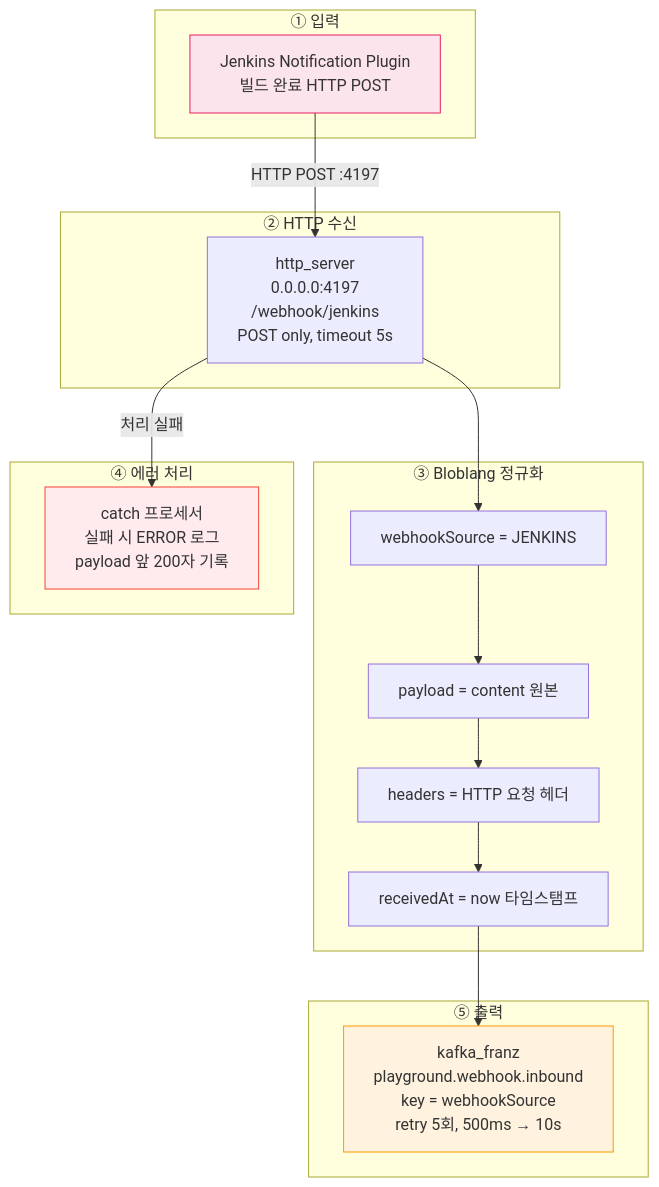
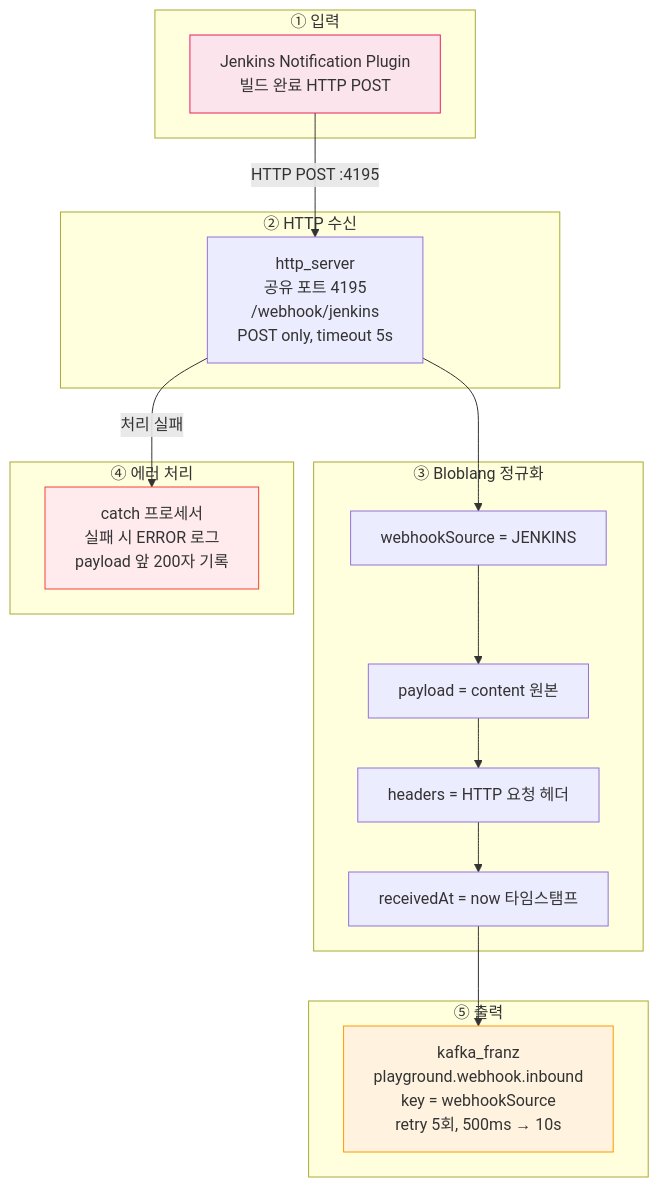
Before and after one commit to scofe97/Redpanda-PlayGround: the ninth of 9 diagrams in docs/pipeline/pipeline-flow.md, drawn with Mermaid. The commit also changed other lines of this file and 20 other files, not shown here.

````diff
--- a/docs/pipeline/pipeline-flow.md
+++ b/docs/pipeline/pipeline-flow.md
@@ -672,34 +672,34 @@
 ```mermaid
 graph TB
     subgraph input_layer["① 입력"]
         A["Jenkins Notification Plugin<br>빌드 완료 HTTP POST"]
     end
 
     subgraph http_recv["② HTTP 수신"]
-        B["http_server<br>0.0.0.0:4197<br>/webhook/jenkins<br>POST only, timeout 5s"]
+        B["http_server<br>공유 포트 4195<br>/webhook/jenkins<br>POST only, timeout 5s"]
     end
 
     subgraph transform["③ Bloblang 정규화"]
         C1["webhookSource = JENKINS"]
         C2["payload = content 원본"]
         C3["headers = HTTP 요청 헤더"]
         C4["receivedAt = now 타임스탬프"]
     end
 
     subgraph error_handle["④ 에러 처리"]
         D["catch 프로세서<br>실패 시 ERROR 로그<br>payload 앞 200자 기록"]
     end
 
     subgraph output_layer["⑤ 출력"]
         E["kafka_franz<br>playground.webhook.inbound<br>key = webhookSource<br>retry 5회, 500ms → 10s"]
     end
 
-    A -->|"HTTP POST :4197"| B
+    A -->|"HTTP POST :4195"| B
     B --> C1 --> C2 --> C3 --> C4
     C4 --> E
     B -->|"처리 실패"| D
 
     style A fill:#fce4ec,stroke:#e91e63,color:#333
     style E fill:#fff3e0,stroke:#ff9800,color:#333
     style D fill:#ffebee,stroke:#f44336,color:#333
 ```
````
